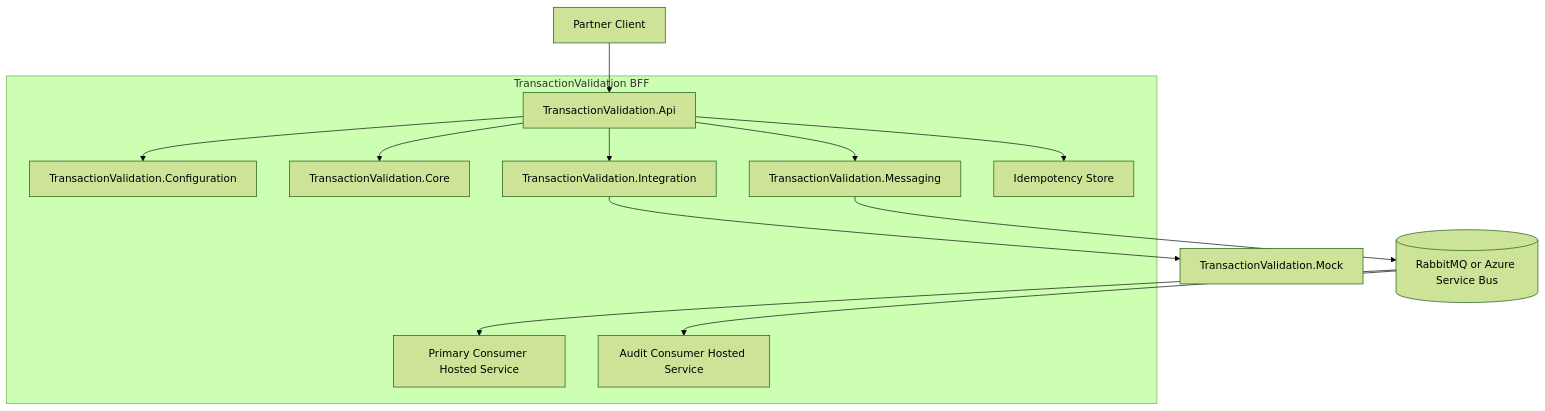
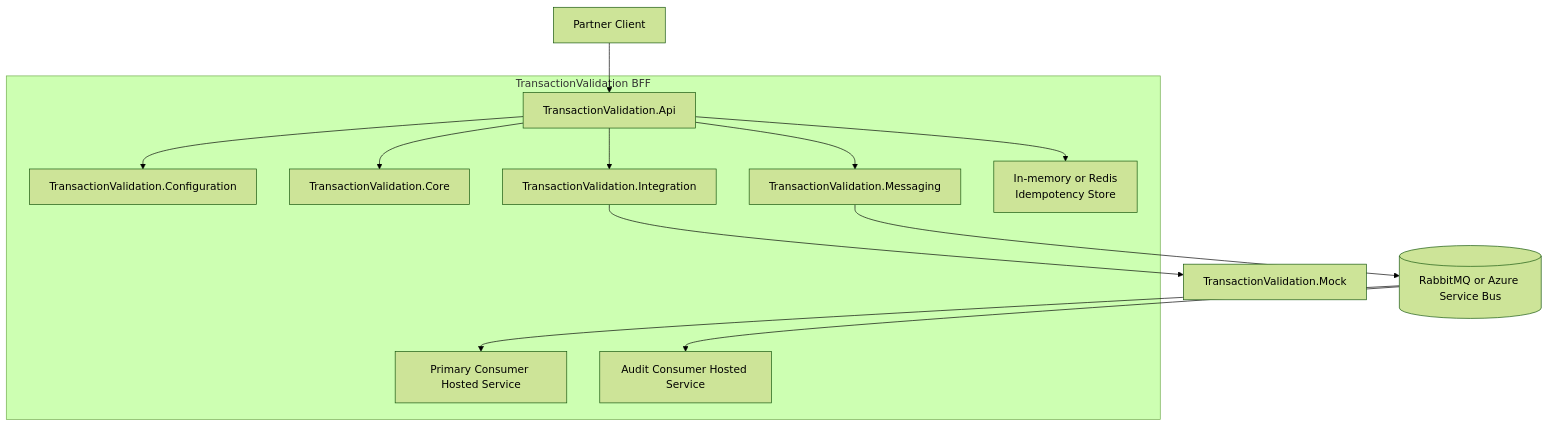
The second of 3 diagrams in docs/architecture_design/Architecture_design.md (haudtech/transaction-validation), drawn with Mermaid (forest theme) before and after one commit. The commit also changed other lines of this file and 88 other files, not shown here.

````diff
--- a/docs/architecture_design/Architecture_design.md
+++ b/docs/architecture_design/Architecture_design.md
@@ -41,25 +37,25 @@
 ```mermaid
 flowchart TB
     subgraph BFF[TransactionValidation BFF]
         Api[TransactionValidation.Api]
         Cfg[TransactionValidation.Configuration]
         Core[TransactionValidation.Core]
         Intg[TransactionValidation.Integration]
         Msg[TransactionValidation.Messaging]
         Primary[Primary Consumer Hosted Service]
         Audit[Audit Consumer Hosted Service]
-        Idem[Idempotency Store]
+        Idem[In-memory or Redis<br/>Idempotency Store]
     end
 
     Partner[Partner Client] --> Api
     Api --> Cfg
     Api --> Core
     Api --> Intg
     Api --> Msg
     Api --> Idem
 
     Intg --> Mock[TransactionValidation.Mock]
     Msg --> Broker[(RabbitMQ or Azure Service Bus)]
     Broker --> Primary
     Broker --> Audit
 ```
````
